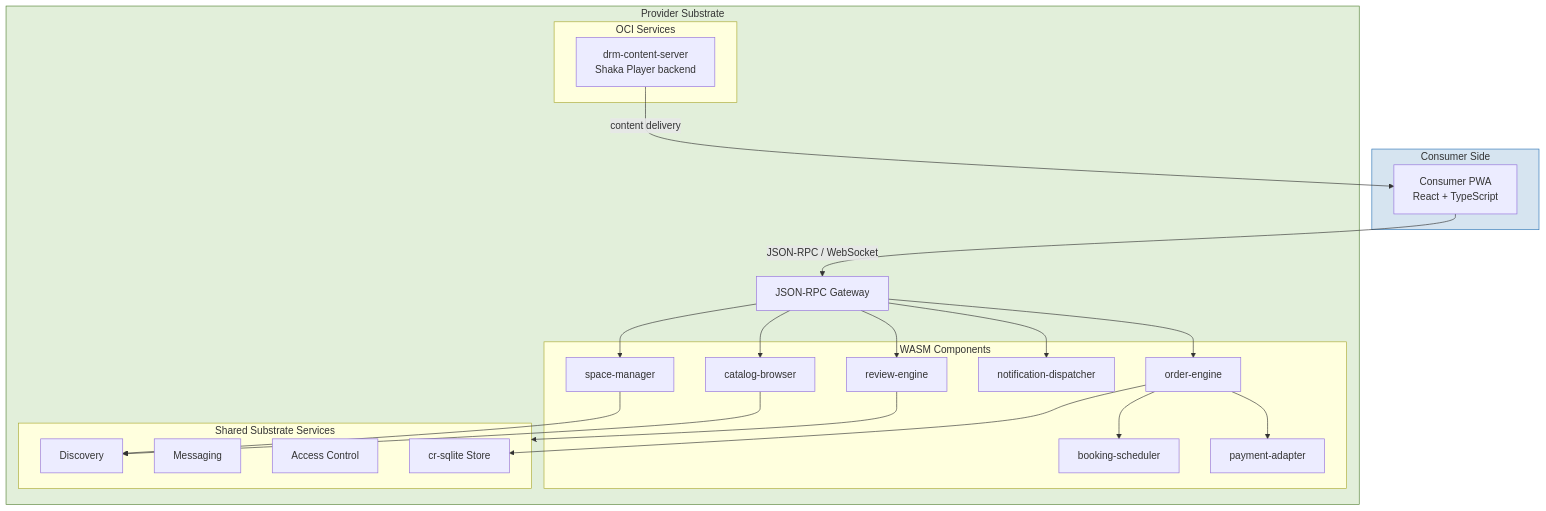
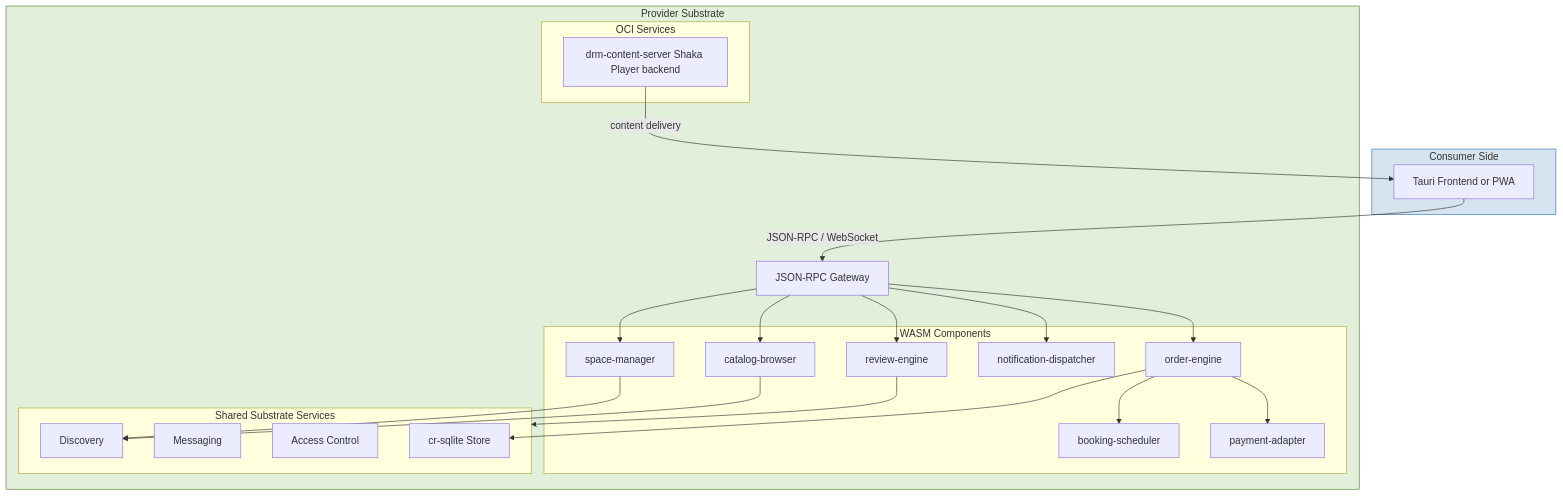
Before and after one commit to syneroym/syneroym: diagram 15 of 21 in docs/architecture.md, drawn with Mermaid. The commit also changed other lines of this file, not shown here.

````diff
--- a/docs/architecture.md
+++ b/docs/architecture.md
@@ -561,43 +560,43 @@
 ```mermaid
 flowchart TD
     subgraph CONSUMER_SIDE["Consumer Side"]
-        PWA[Consumer PWA\nReact + TypeScript]
+        PWA[Tauri Frontend or PWA]
     end
 
     subgraph PROVIDER_SUBSTRATE["Provider Substrate"]
         GW[JSON-RPC Gateway]
         
         subgraph WASM_COMPONENTS["WASM Components"]
             SM[space-manager]
             CB[catalog-browser]
             OE[order-engine]
             BS2[booking-scheduler]
             PA[payment-adapter]
             ND[notification-dispatcher]
             RE[review-engine]
         end
 
         subgraph OCI_SERVICES["OCI Services"]
-            DRM[drm-content-server\nShaka Player backend]
+            DRM[drm-content-server Shaka Player backend]
         end
 
         subgraph SHARED["Shared Substrate Services"]
             DISC2[Discovery]
             MSG2[Messaging]
             AC2[Access Control]
             STORE[cr-sqlite Store]
         end
     end
 
     PWA -->|"JSON-RPC / WebSocket"| GW
     GW --> SM & CB & OE & ND & RE
     OE --> BS2 & PA
     OE --> STORE
     SM --> DISC2
     CB --> DISC2
     RE --> SHARED
     DRM -->|"content delivery"| PWA
 
     style CONSUMER_SIDE fill:#D6E4F0,stroke:#2E75B6
     style PROVIDER_SUBSTRATE fill:#E2EFDA,stroke:#548235
 ```
````
